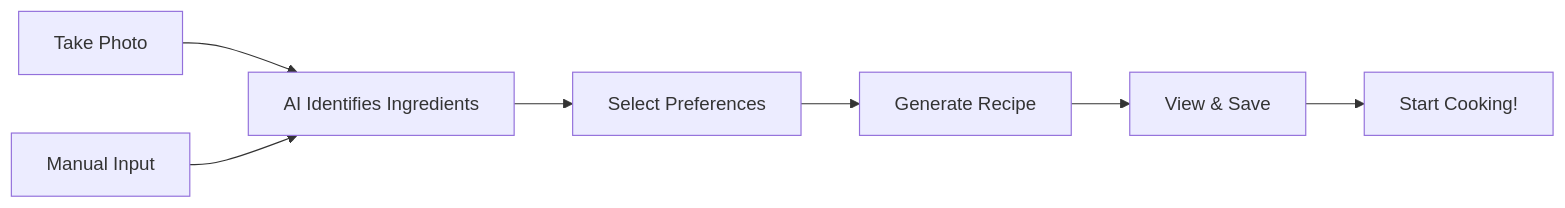
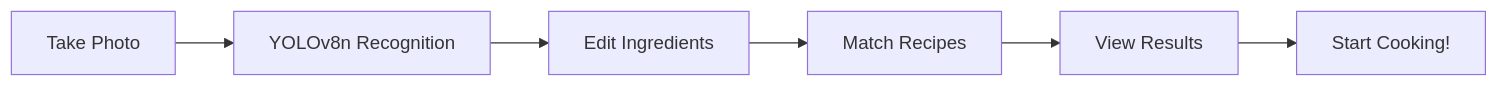
One commit to Boredoom17/SmartCooking changed the diagram in README.md. Above: the diagram before and after it, drawn with Mermaid. The commit also changed other lines of this file, not shown here.

````diff
--- a/README.md
+++ b/README.md
@@ -33,9 +36,8 @@
 ```mermaid
 graph LR
-    A[Take Photo] --> B[AI Identifies Ingredients]
-    C[Manual Input] --> B
-    B --> D[Select Preferences]
-    D --> E[Generate Recipe]
-    E --> F[View & Save]
-    F --> G[Start Cooking!]
+    A[Take Photo] --> B[YOLOv8n Recognition]
+    B --> C[Edit Ingredients]
+    C --> D[Match Recipes]
+    D --> E[View Results]
+    E --> F[Start Cooking!]
 ```
````
